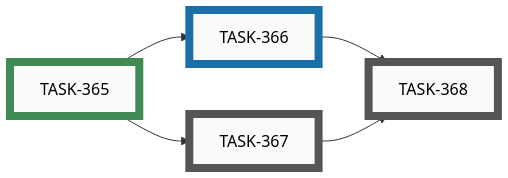
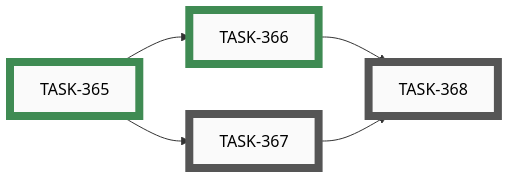
The seventh of 11 diagrams in docs/developers/tasks/EPICS.md (tgd1975/AwesomeGuitarPedal), drawn with Mermaid before and after one commit. The commit also changed other lines of this file and 4 other files, not shown here.

First line of the commit message:
close TASK-366: BLE services guide — Service catalog + Recipe + TASK-354 worked example

````diff
--- a/docs/developers/tasks/EPICS.md
+++ b/docs/developers/tasks/EPICS.md
@@ -240,23 +240,23 @@
 ```mermaid
 graph LR
     TASK_367["TASK-367"]:::open
     TASK_368["TASK-368"]:::open
-    TASK_366["TASK-366"]:::active
     TASK_365["TASK-365"]:::closed
+    TASK_366["TASK-366"]:::closed
     TASK_365 --> TASK_367
     TASK_366 --> TASK_368
     TASK_367 --> TASK_368
     TASK_365 --> TASK_366
     click TASK_367 "open/task-367-draft-conventions-invariants-gotchas.md"
     click TASK_368 "open/task-368-draft-tests-references-and-verify.md"
-    click TASK_366 "active/task-366-draft-catalog-and-recipe-sections.md"
     click TASK_365 "closed/task-365-scope-ble-services-guide.md"
+    click TASK_366 "closed/task-366-draft-catalog-and-recipe-sections.md"
     classDef open    fill:#FAFAFA,stroke:#555,stroke-width:8px,color:#000
     classDef active  fill:#FAFAFA,stroke:#1A6FA8,stroke-width:8px,color:#000
     classDef closed  fill:#FAFAFA,stroke:#3F8B53,stroke-width:8px,color:#000
     classDef paused  fill:#FAFAFA,stroke:#B07810,stroke-width:8px,color:#000
     classDef openExt    fill:#000,stroke:#888,stroke-width:8px,color:#FFF
     classDef activeExt  fill:#000,stroke:#3FA9F5,stroke-width:8px,color:#FFF
     classDef closedExt  fill:#000,stroke:#7CC68A,stroke-width:8px,color:#FFF
     classDef pausedExt  fill:#000,stroke:#F0B030,stroke-width:8px,color:#FFF
 ```
````
